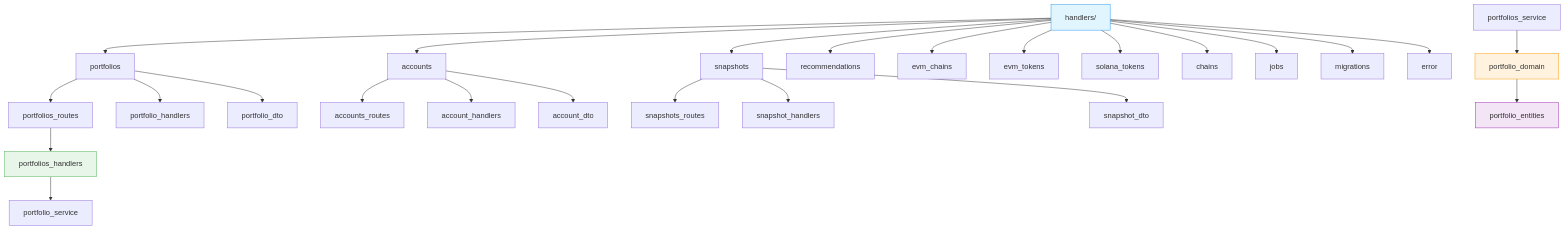
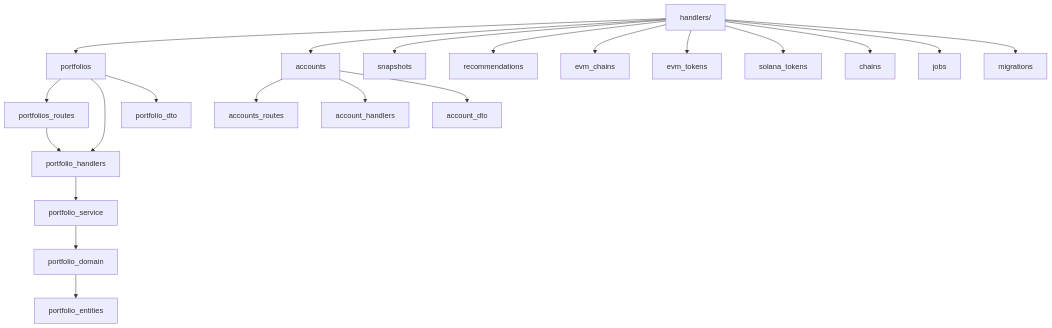
Before and after one commit to doitsu2014/crypto-pocket-butler: diagram 16 of 17 in docs/architecture/01-architecture-design.md, drawn with Mermaid. The commit also changed other lines of this file, not shown here.

Commit message:
docs: Fix Mermaid syntax errors for GitHub compatibility

````diff
--- a/docs/architecture/01-architecture-design.md
+++ b/docs/architecture/01-architecture-design.md
@@ -712,38 +482,27 @@
 ```mermaid
 graph TD
     handlers[handlers/]
-    
     handlers --> portfolios
     handlers --> accounts
     handlers --> snapshots
     handlers --> recommendations
     handlers --> evm_chains
     handlers --> evm_tokens
     handlers --> solana_tokens
     handlers --> chains
     handlers --> jobs
     handlers --> migrations
-    handlers --> error
     
     portfolios --> portfolios_routes
     portfolios --> portfolio_handlers
     portfolios --> portfolio_dto
     
     accounts --> accounts_routes
     accounts --> account_handlers
     accounts --> account_dto
     
-    snapshots --> snapshots_routes
-    snapshots --> snapshot_handlers
-    snapshots --> snapshot_dto
-    
-    portfolios_routes --> portfolios_handlers
-    portfolios_handlers --> portfolio_service
-    portfolios_service --> portfolio_domain
+    portfolios_routes --> portfolio_handlers
+    portfolio_handlers --> portfolio_service
+    portfolio_service --> portfolio_domain
     portfolio_domain --> portfolio_entities
-    
-    style handlers fill:#e1f5fe,stroke:#2196f3
-    style portfolios_handlers fill:#e8f5e9,stroke:#4caf50
-    style portfolio_domain fill:#fff3e0,stroke:#ff9800
-    style portfolio_entities fill:#f3e5f5,stroke:#9c27b0
 ```
````
